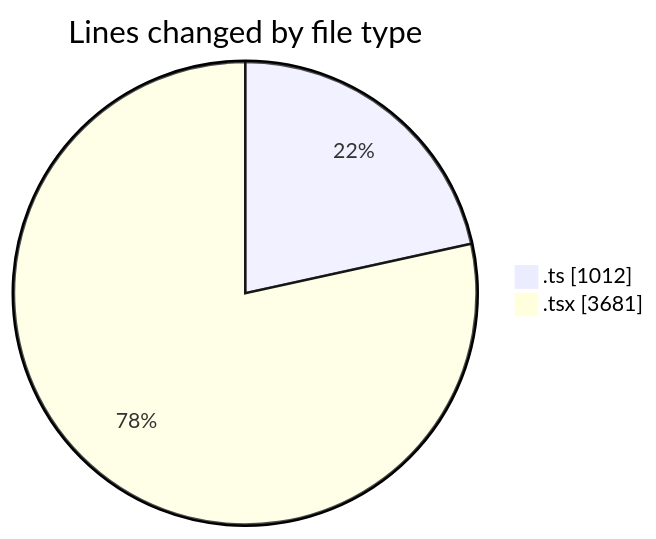
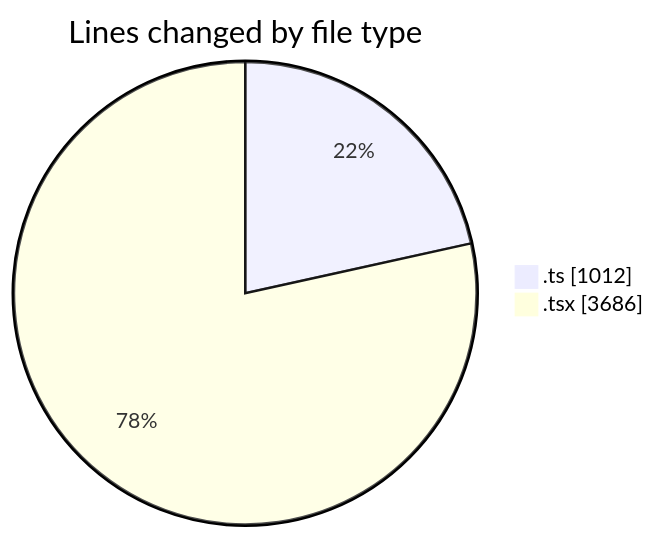
The first of 2 diagrams in 2026-05-04/nxtqube_webapp/README.md (nxtqubesakshisongat/code-tracking), drawn with Mermaid before and after one commit. The commit also changed other lines of this file and 1 other file, not shown here.

````diff
--- a/2026-05-04/nxtqube_webapp/README.md
+++ b/2026-05-04/nxtqube_webapp/README.md
@@ -26,6 +26,6 @@
 ```mermaid
 pie showData
 title Lines changed by file type
 ".ts" : 1012
-".tsx" : 3681
+".tsx" : 3686
 ```
````
